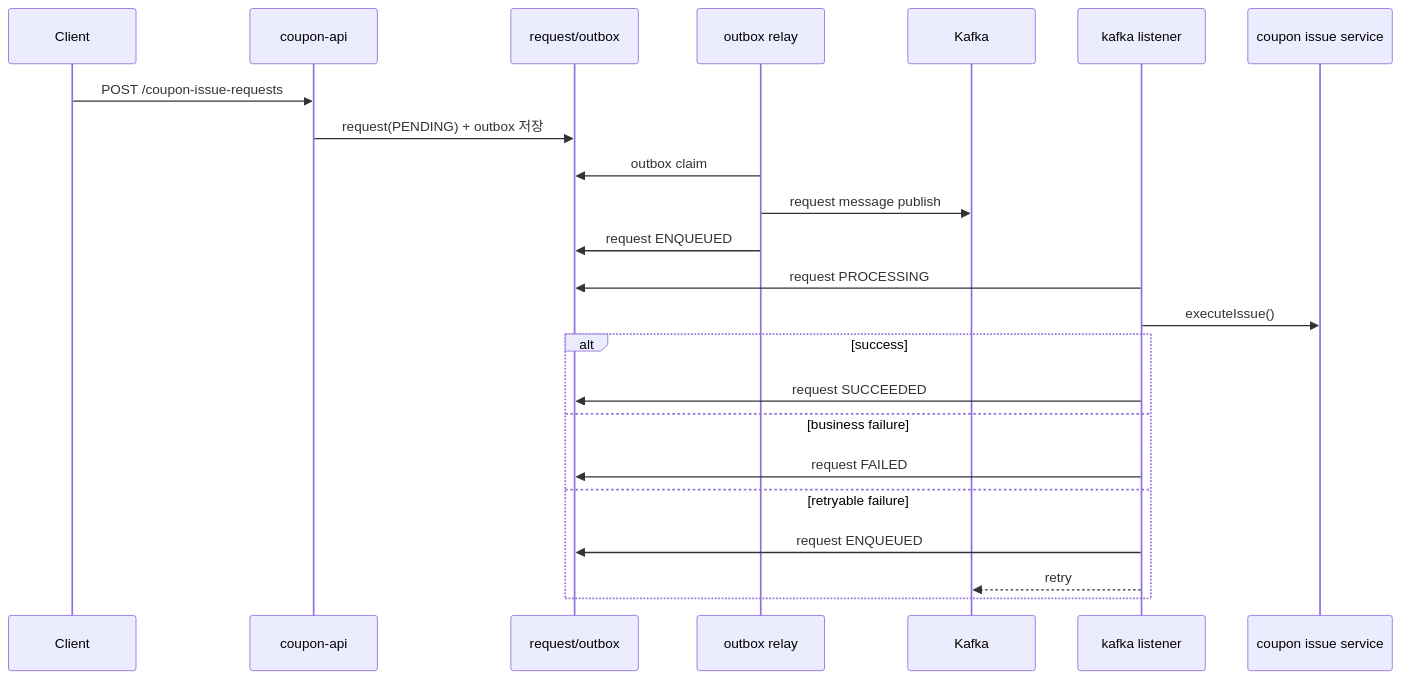
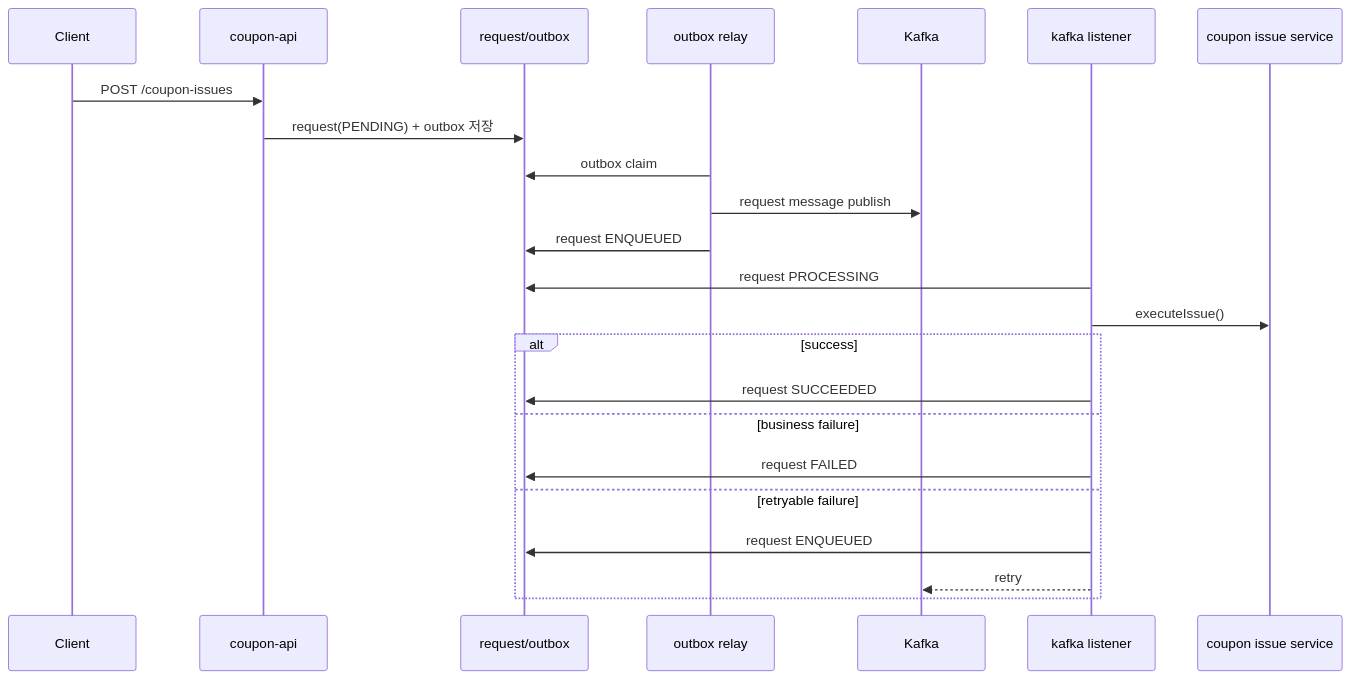
The diagram in coupon/coupon-worker/docs/kafka-learning-guide.md (char-labs/coupon-system-design-kt), drawn with Mermaid before and after one commit. The commit also changed other lines of this file and 4 other files, not shown here.

````diff
--- a/coupon/coupon-worker/docs/kafka-learning-guide.md
+++ b/coupon/coupon-worker/docs/kafka-learning-guide.md
@@ -270,26 +270,26 @@
 ```mermaid
 sequenceDiagram
     participant Client
     participant API as coupon-api
     participant DB as request/outbox
     participant Relay as outbox relay
     participant Kafka
     participant Consumer as kafka listener
     participant Issue as coupon issue service
 
-    Client->>API: POST /coupon-issue-requests
+    Client->>API: POST /coupon-issues
     API->>DB: request(PENDING) + outbox 저장
     Relay->>DB: outbox claim
     Relay->>Kafka: request message publish
     Relay->>DB: request ENQUEUED
     Consumer->>DB: request PROCESSING
     Consumer->>Issue: executeIssue()
     alt success
         Consumer->>DB: request SUCCEEDED
     else business failure
         Consumer->>DB: request FAILED
     else retryable failure
         Consumer->>DB: request ENQUEUED
         Consumer-->>Kafka: retry
     end
 ```
````
